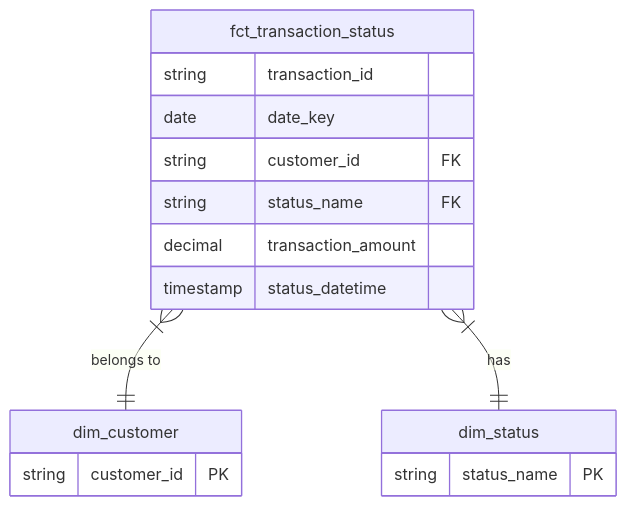
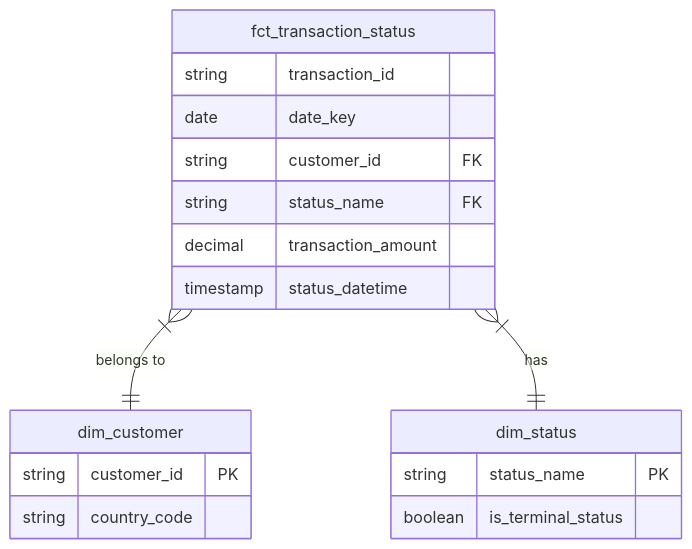
Before and after one commit to dre-at8865/payment_processor_data_model: the diagram in README.md, drawn with Mermaid. The commit also changed other lines of this file and 8 other files, not shown here.

````diff
--- a/README.md
+++ b/README.md
@@ -28,16 +28,22 @@
 ```mermaid
 erDiagram
     fct_transaction_status {
         string transaction_id
         date date_key
         string customer_id FK
         string status_name FK
         decimal transaction_amount
         timestamp status_datetime
     }
-    dim_customer { string customer_id PK }
-    dim_status { string status_name PK }
+    dim_customer {
+        string customer_id PK
+        string country_code
+    }
+    dim_status {
+        string status_name PK
+        boolean is_terminal_status
+    }
 
     fct_transaction_status }|--|| dim_customer : "belongs to"
     fct_transaction_status }|--|| dim_status : "has"
 ```
````
